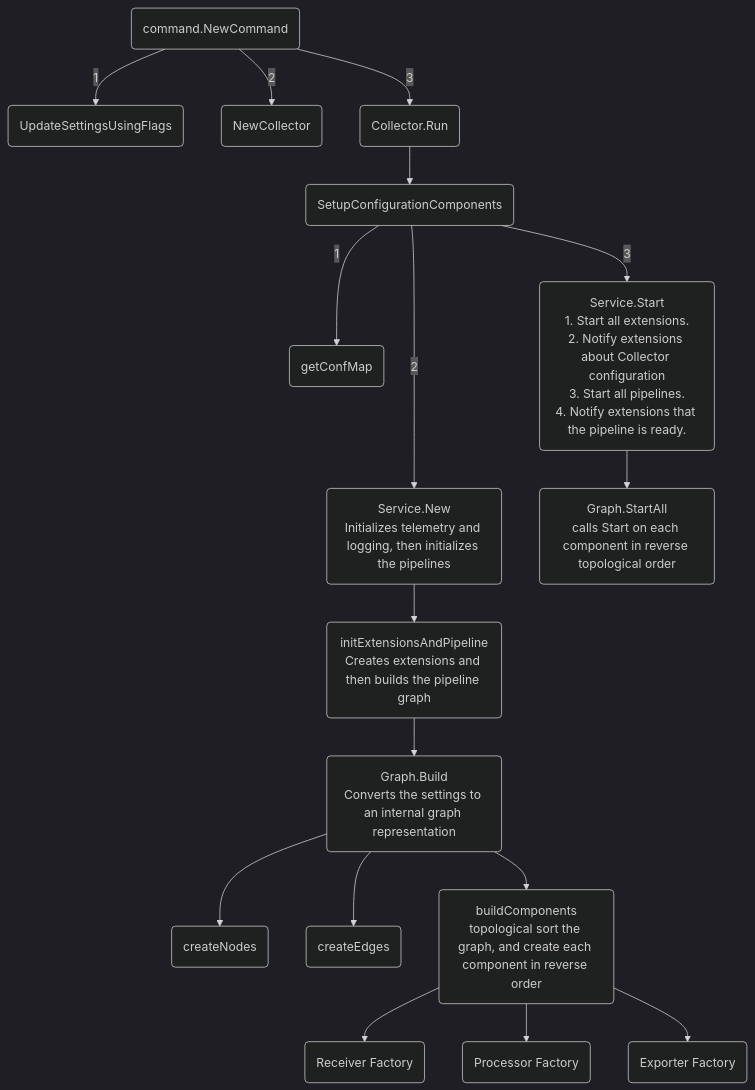
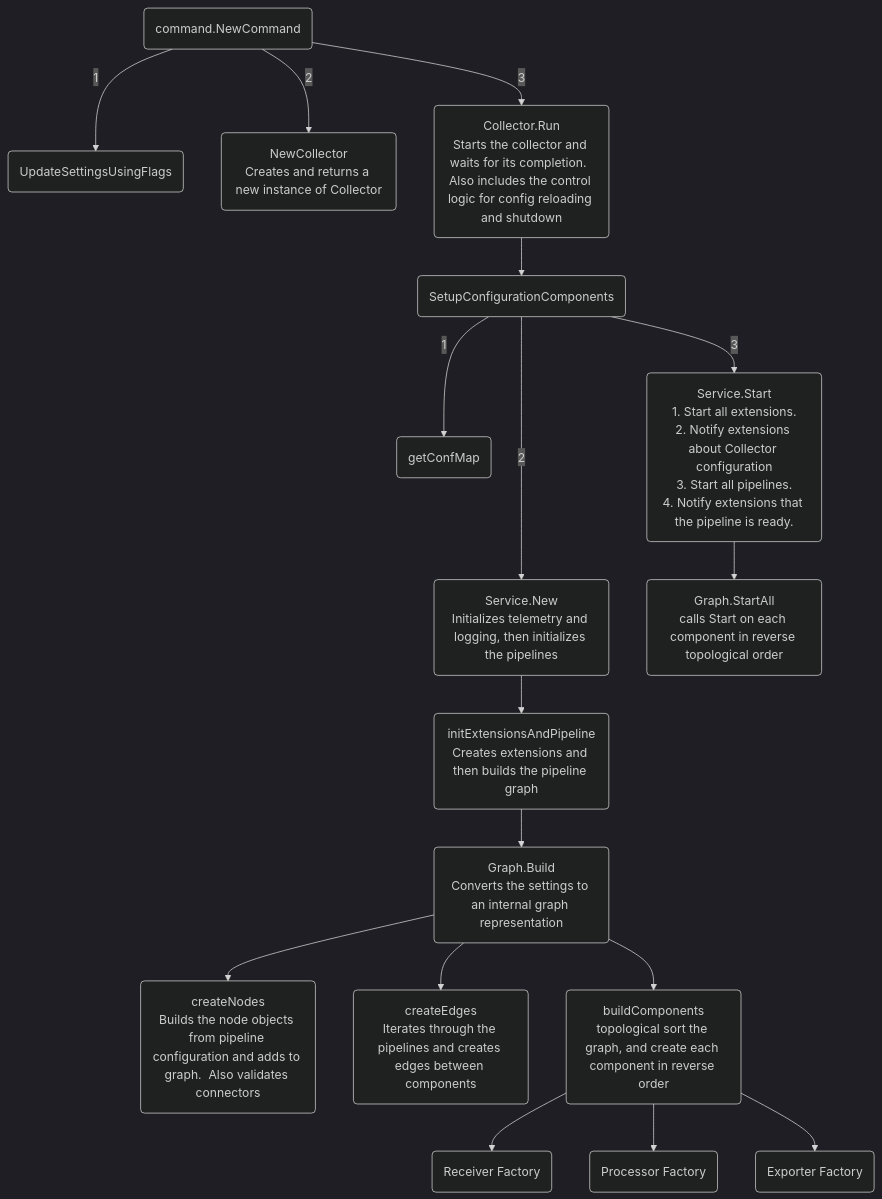
One commit to open-telemetry/opentelemetry-collector changed the diagram in docs/startup.md. Above: the diagram before and after it, drawn with Mermaid (dark theme). The commit also changed other lines of this file and 3 other files, not shown here.

Commit message:
augment graph and add some extra comments to stuff

````diff
--- a/docs/startup.md
+++ b/docs/startup.md
@@ -1,27 +2,31 @@
 ```mermaid
 flowchart TD
     A("`command.NewCommand`") -->|1| B("`UpdateSettingsUsingFlags`")
-    A --> |2| C("`NewCollector`")
-    A --> |3| D("`Collector.Run`")
+    A --> |2| C("`NewCollector
+    Creates and returns a new instance of Collector`")
+    A --> |3| D("`Collector.Run
+    Starts the collector and waits for its completion.  Also includes the control logic for config reloading and shutdown`")
     D --> E("`SetupConfigurationComponents`")
     E -->  |1| F(getConfMap)
     E ---> |2| G("`Service.New
      Initializes telemetry and logging, then initializes the pipelines`")
     E --> |3| Q("`Service.Start
     1. Start all extensions.
     2. Notify extensions about Collector configuration
     3. Start all pipelines.
     4. Notify extensions that the pipeline is ready.
     `")
     Q --> R("`Graph.StartAll
     calls Start on each component in reverse topological order`")
     G --> H("`initExtensionsAndPipeline
      Creates extensions and then builds the pipeline graph`")
     H --> I("`Graph.Build
      Converts the settings to an internal graph representation`")
-    I --> J(createNodes)
-    I --> K(createEdges)
+    I --> J("`createNodes
+     Builds the node objects from pipeline configuration and adds to graph.  Also validates connectors`")
+    I --> K("`createEdges
+     Iterates through the pipelines and creates edges between components`")
     I --> L("`buildComponents
      topological sort the graph, and create each component in reverse order`")
     L --> M(Receiver Factory) & N(Processor Factory) & O(Exporter Factory)
 ```
````
